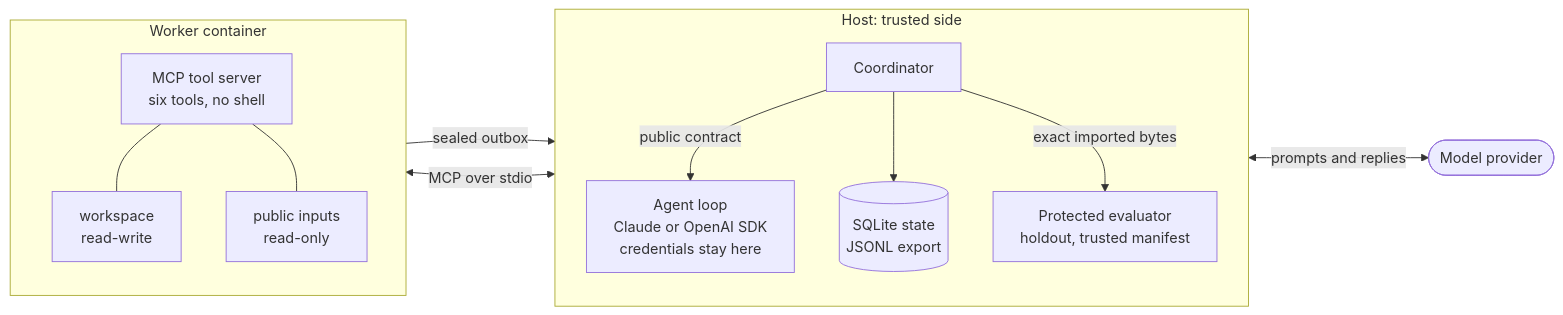
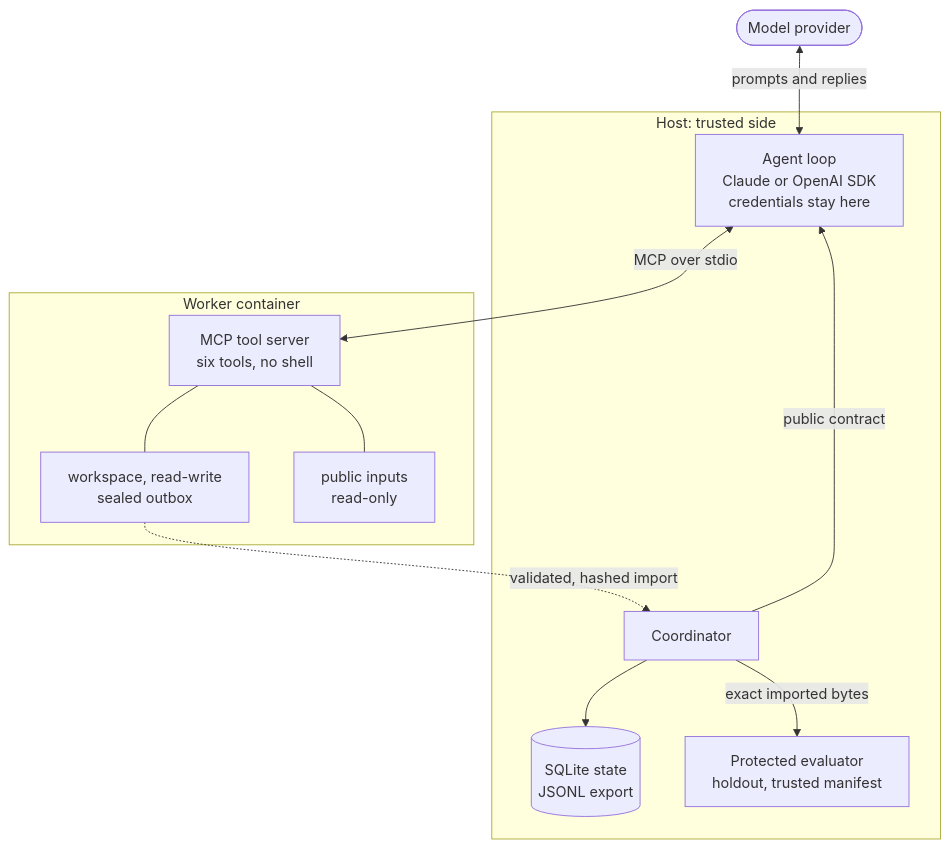
Before and after one commit to FabianJun/open-research-loops: the third of 3 diagrams in README.md, drawn with Mermaid. The commit also changed 1 other file, not shown here.

Commit message:
docs: top-down isolation diagram, drop local paths, note on CI run links

````diff
--- a/README.md
+++ b/README.md
@@ -147,25 +147,23 @@
 ```mermaid
-flowchart LR
+flowchart TB
     LLM(["Model provider"])
     subgraph HOST["Host: trusted side"]
-        direction TB
         SDK["Agent loop<br/>Claude or OpenAI SDK<br/>credentials stay here"]
         C["Coordinator"]
         DB[("SQLite state<br/>JSONL export")]
         EV["Protected evaluator<br/>holdout, trusted manifest"]
     end
     subgraph BOX["Worker container"]
-        direction TB
         MCP["MCP tool server<br/>six tools, no shell"]
-        WS["workspace<br/>read-write"]
+        WS["workspace, read-write<br/>sealed outbox"]
         PUB["public inputs<br/>read-only"]
     end
-    SDK <-->|"prompts and replies"| LLM
+    LLM <-->|"prompts and replies"| SDK
+    C -->|"public contract"| SDK
+    C --> DB
+    C -->|"exact imported bytes"| EV
     SDK <-->|"MCP over stdio"| MCP
     MCP --- WS
     MCP --- PUB
-    C -->|"public contract"| SDK
-    WS -->|"sealed outbox"| C
-    C --> DB
-    C -->|"exact imported bytes"| EV
+    WS -.->|"validated, hashed import"| C
 ```
````
